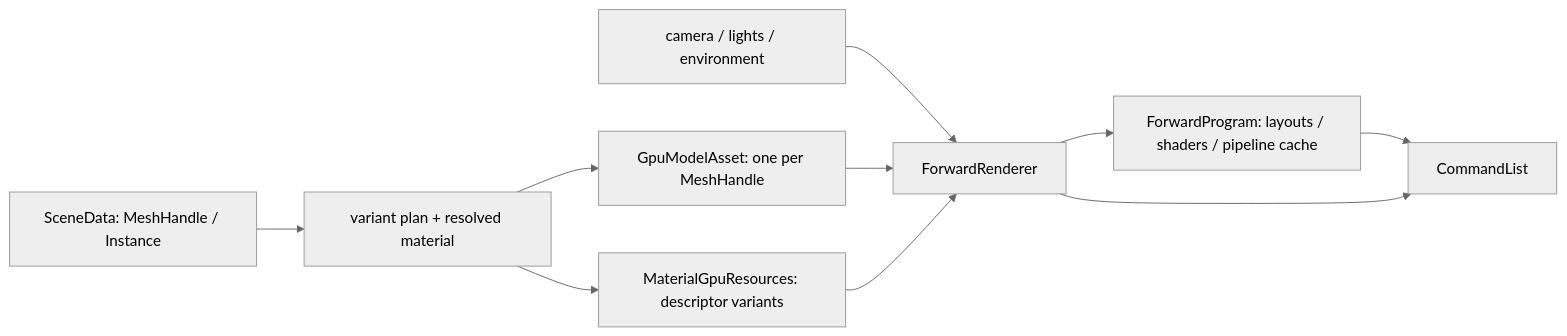
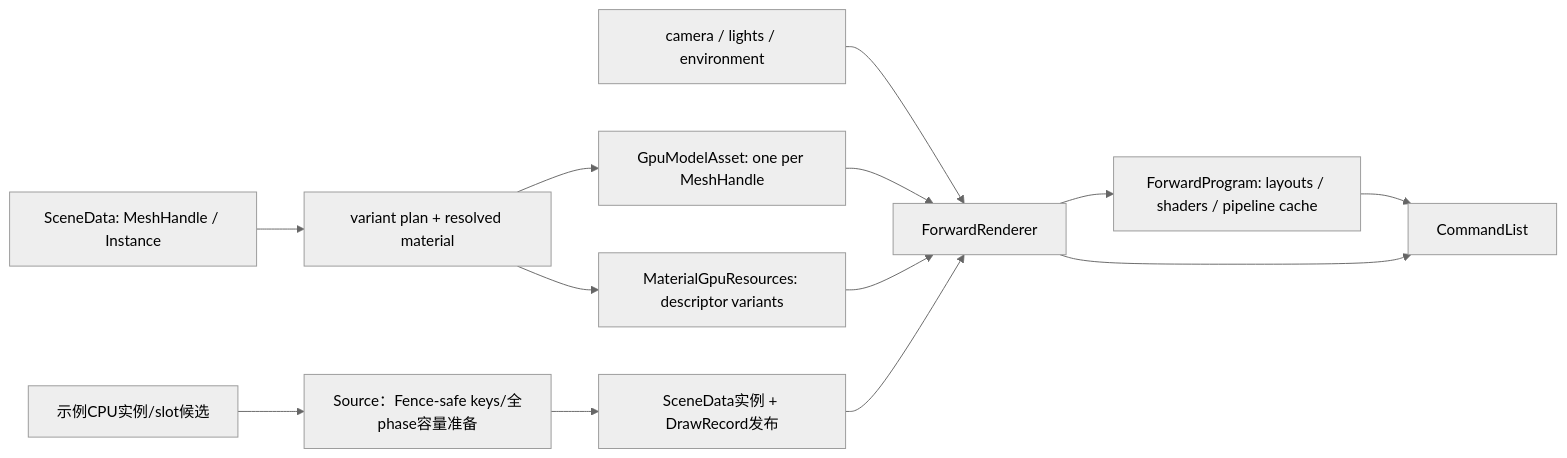
The diagram in docs/design/11-forward-rendering.md (Cyberyb/KuEngine), drawn with Mermaid (neutral theme) before and after one commit. The commit also changed other lines of this file and 122 other files, not shown here.

````diff
--- a/docs/design/11-forward-rendering.md
+++ b/docs/design/11-forward-rendering.md
@@ -13,12 +13,15 @@
 ```mermaid
 flowchart LR
     Scene["SceneData: MeshHandle / Instance"] --> Plan["variant plan + resolved material"]
     Plan --> Mesh["GpuModelAsset: one per MeshHandle"]
     Plan --> Material["MaterialGpuResources: descriptor variants"]
     View["camera / lights / environment"] --> Renderer["ForwardRenderer"]
     Mesh --> Renderer
     Material --> Renderer
+    Edit["示例CPU实例/slot候选"] --> Safe["Source：Fence-safe keys/全phase容量准备"]
+    Safe --> Data["SceneData实例 + DrawRecord发布"]
+    Data --> Renderer
     Renderer --> Program["ForwardProgram: layouts / shaders / pipeline cache"]
     Program --> Cmd["CommandList"]
     Renderer --> Cmd
 ```
````
